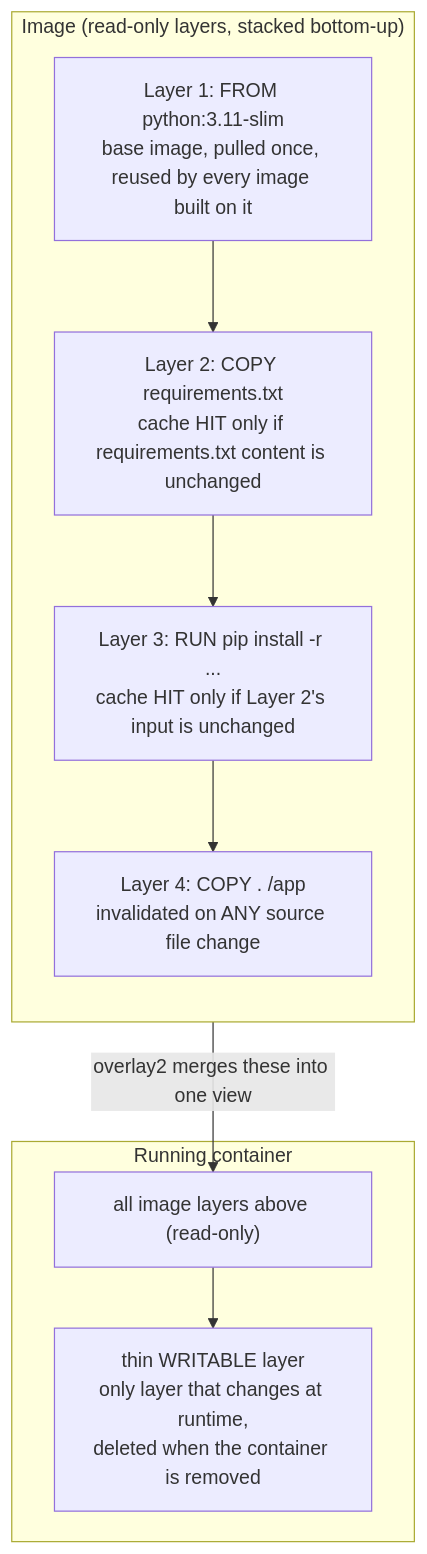
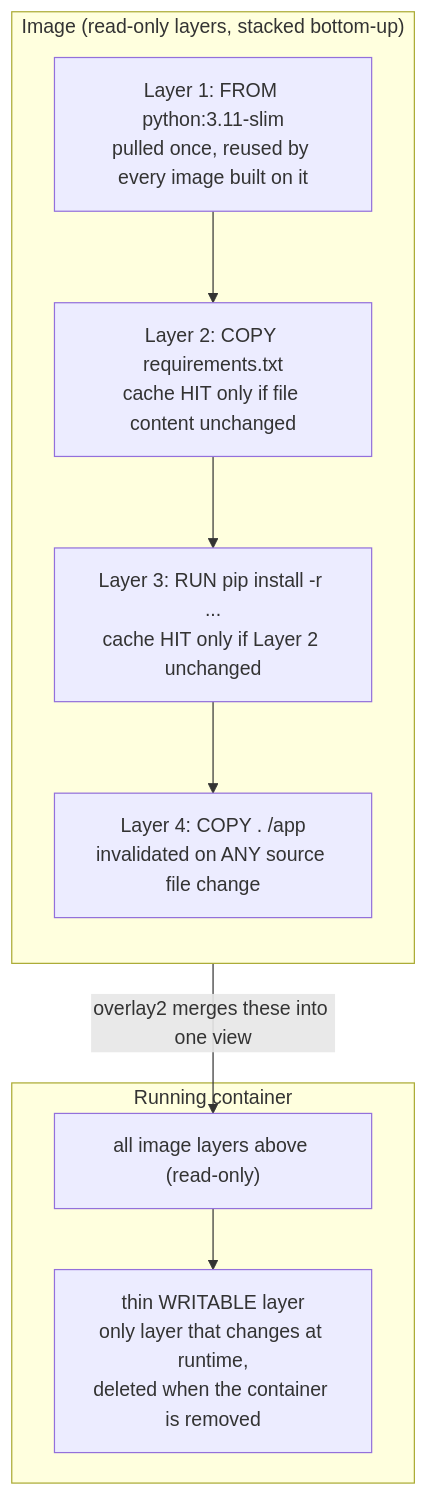
Before and after one commit to mayurjp/dev-blog: the first of 2 diagrams in _posts/2025-07-30-docker-image-layers-and-build-cache.md, drawn with Mermaid. The commit also changed other lines of this file and 27 other files, not shown here.

````diff
--- a/_posts/2025-07-30-docker-image-layers-and-build-cache.md
+++ b/_posts/2025-07-30-docker-image-layers-and-build-cache.md
@@ -32,17 +49,17 @@
 ```mermaid
 flowchart TD
     subgraph Image["Image (read-only layers, stacked bottom-up)"]
         direction TD
-        L1["Layer 1: FROM python:3.11-slim<br/>base image, pulled once, reused by every image built on it"]
-        L2["Layer 2: COPY requirements.txt<br/>cache HIT only if requirements.txt content is unchanged"]
-        L3["Layer 3: RUN pip install -r ...<br/>cache HIT only if Layer 2's input is unchanged"]
+        L1["Layer 1: FROM python:3.11-slim<br/>pulled once, reused by every image built on it"]
+        L2["Layer 2: COPY requirements.txt<br/>cache HIT only if file content unchanged"]
+        L3["Layer 3: RUN pip install -r ...<br/>cache HIT only if Layer 2 unchanged"]
         L4["Layer 4: COPY . /app<br/>invalidated on ANY source file change"]
         L1 --> L2 --> L3 --> L4
     end
     Image -- "overlay2 merges these into one view" --> RO
     subgraph Container["Running container"]
         RO["all image layers above (read-only)"]
         WR["thin WRITABLE layer<br/>only layer that changes at runtime,<br/>deleted when the container is removed"]
         RO --> WR
     end
 ```
````
